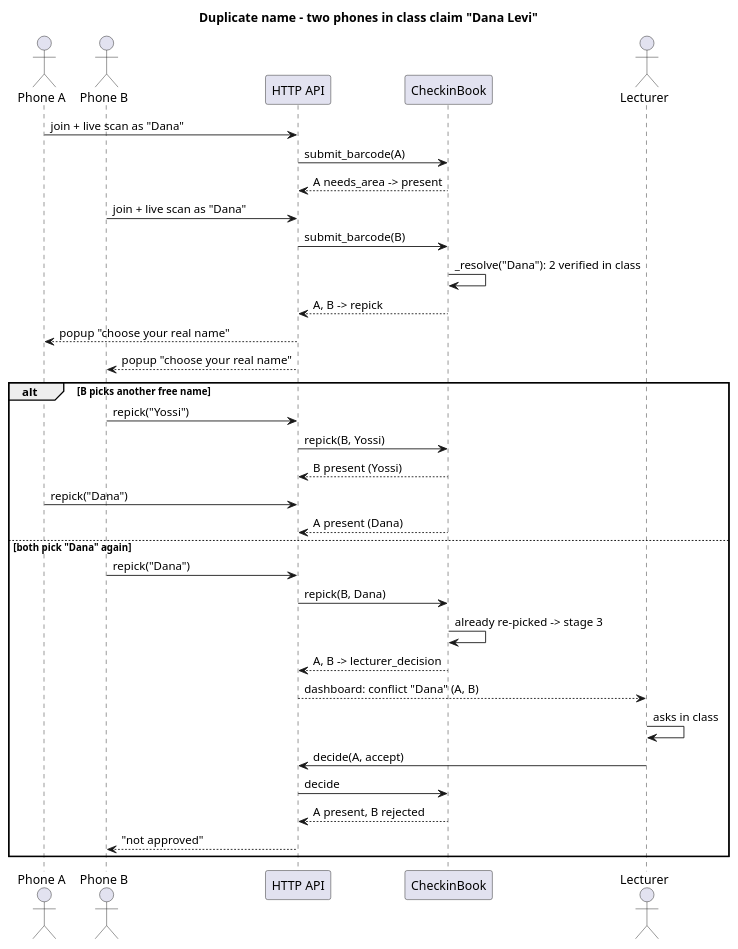
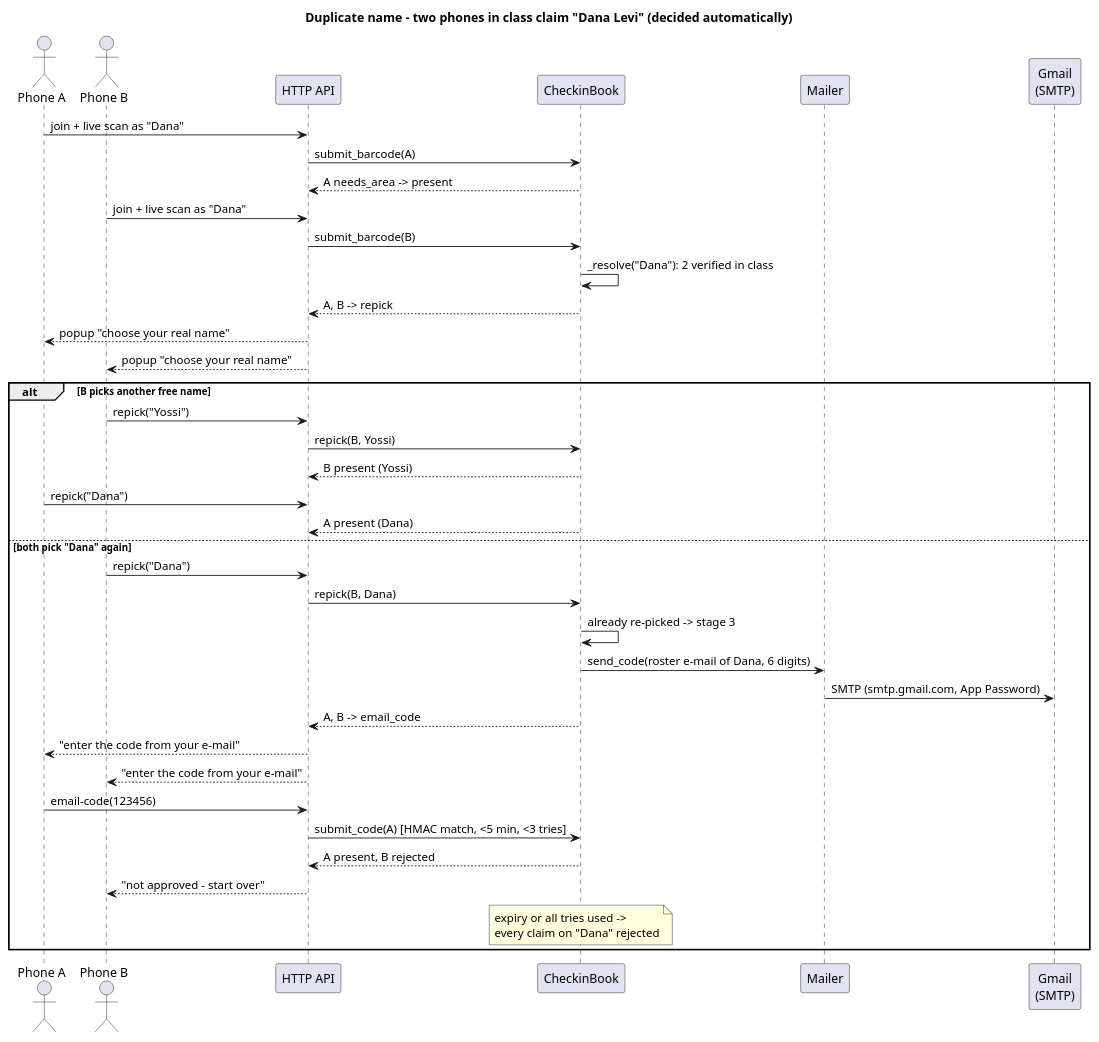
One commit to Haim-Barby/ZooMoodle changed the diagram in docs/diagrams/seq-duplicate.puml. Above: the diagram before and after it, drawn with PlantUML. The commit also changed 36 other files, not shown here.

First line of the commit message:
Duplicate names: one-time Gmail code decides automatically

```diff
--- a/docs/diagrams/seq-duplicate.puml
+++ b/docs/diagrams/seq-duplicate.puml
@@ -1,37 +1,41 @@
 @startuml seq-duplicate
-title Duplicate name – two phones in class claim "Dana Levi"
+title Duplicate name – two phones in class claim "Dana Levi" (decided automatically)
 
 actor "Phone A" as A
 actor "Phone B" as B
 participant "HTTP API" as API
 participant CheckinBook as CB
-actor Lecturer
+participant Mailer as Mail
+participant "Gmail\n(SMTP)" as Gmail
 
 A -> API : join + live scan as "Dana"
 API -> CB : submit_barcode(A)
 CB --> API : A needs_area -> present
 B -> API : join + live scan as "Dana"
 API -> CB : submit_barcode(B)
 CB -> CB : _resolve("Dana"): 2 verified in class
 CB --> API : A, B -> repick
 API --> A : popup "choose your real name"
 API --> B : popup "choose your real name"
 alt B picks another free name
   B -> API : repick("Yossi")
   API -> CB : repick(B, Yossi)
   CB --> API : B present (Yossi)
   A -> API : repick("Dana")
   CB --> API : A present (Dana)
 else both pick "Dana" again
   B -> API : repick("Dana")
   API -> CB : repick(B, Dana)
   CB -> CB : already re-picked -> stage 3
-  CB --> API : A, B -> lecturer_decision
-  API --> Lecturer : dashboard: conflict "Dana" (A, B)
-  Lecturer -> Lecturer : asks in class
-  Lecturer -> API : decide(A, accept)
-  API -> CB : decide
+  CB -> Mail : send_code(roster e-mail of Dana, 6 digits)
+  Mail -> Gmail : SMTP (smtp.gmail.com, App Password)
+  CB --> API : A, B -> email_code
+  API --> A : "enter the code from your e-mail"
+  API --> B : "enter the code from your e-mail"
+  A -> API : email-code(123456)
+  API -> CB : submit_code(A) [HMAC match, <5 min, <3 tries]
   CB --> API : A present, B rejected
-  API --> B : "not approved"
+  API --> B : "not approved – start over"
+  note over CB : expiry or all tries used ->\nevery claim on "Dana" rejected
 end
 @enduml
```
